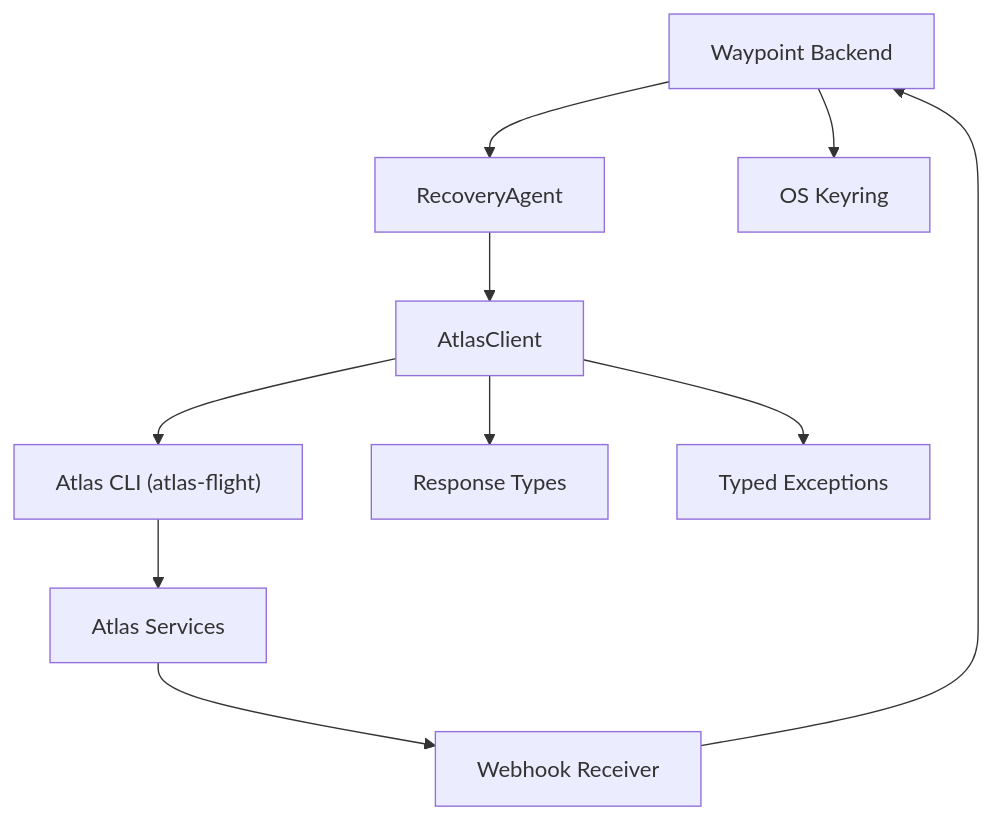
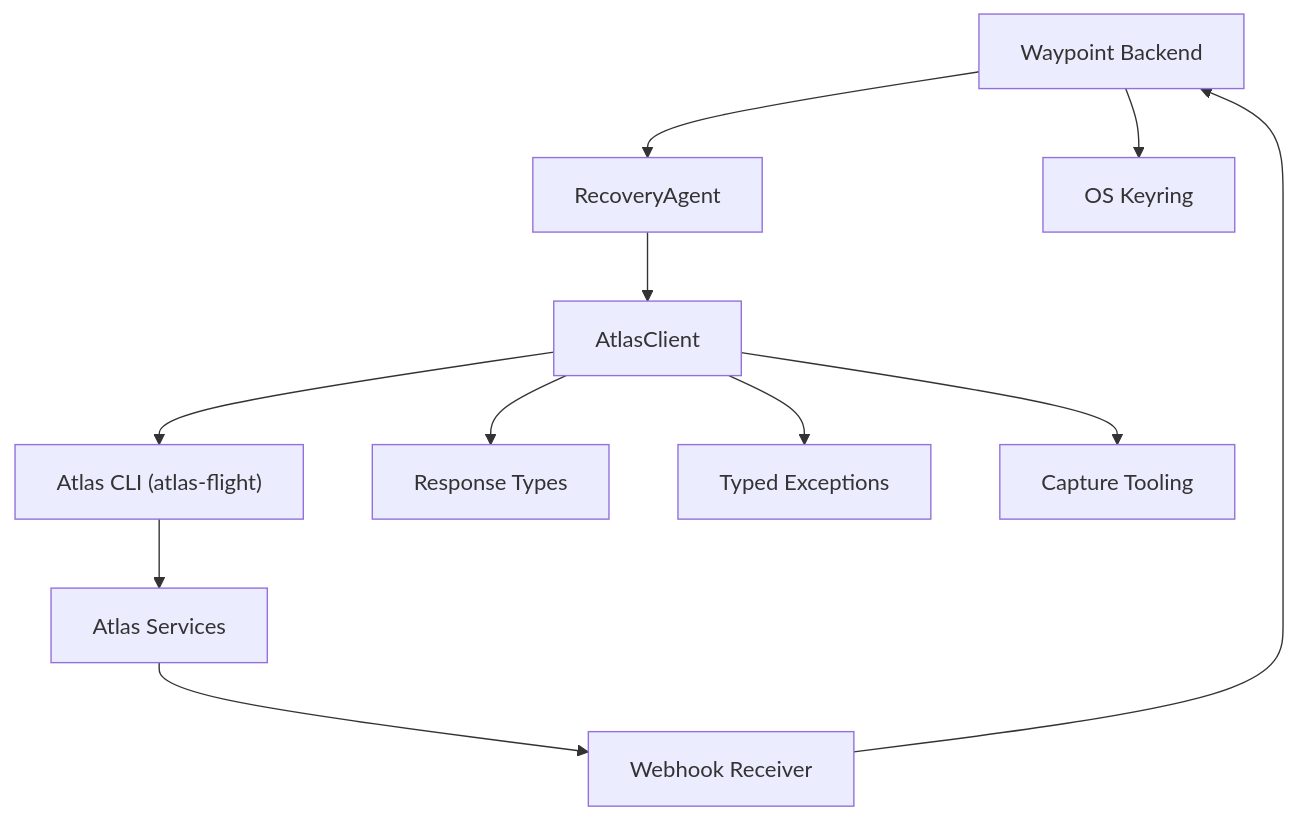
Before and after one commit to jaydonnnk/waypoint: the fourth of 4 diagrams in .qoder/repowiki/en/content/Atlas Integration/Atlas Integration.md, drawn with Mermaid. The commit also changed other lines of this file and 14 other files, not shown here.

````diff
--- a/.qoder/repowiki/en/content/Atlas Integration/Atlas Integration.md
+++ b/.qoder/repowiki/en/content/Atlas Integration/Atlas Integration.md
@@ -444,21 +456,23 @@
 ```mermaid
 graph TB
 WP["Waypoint Backend"]
 RA["RecoveryAgent"]
 AC["AtlasClient"]
 CLI["Atlas CLI (atlas-flight)"]
 KEYRING["OS Keyring"]
 WEBHOOK["Webhook Receiver"]
 ATLAS["Atlas Services"]
 TYPES["Response Types"]
 EXCEPTIONS["Typed Exceptions"]
+CAPTURE["Capture Tooling"]
 WP --> RA
 RA --> AC
 AC --> CLI
 CLI --> ATLAS
 WP --> KEYRING
 WEBHOOK --> WP
 ATLAS --> WEBHOOK
 AC --> TYPES
 AC --> EXCEPTIONS
+AC --> CAPTURE
 ```
````
